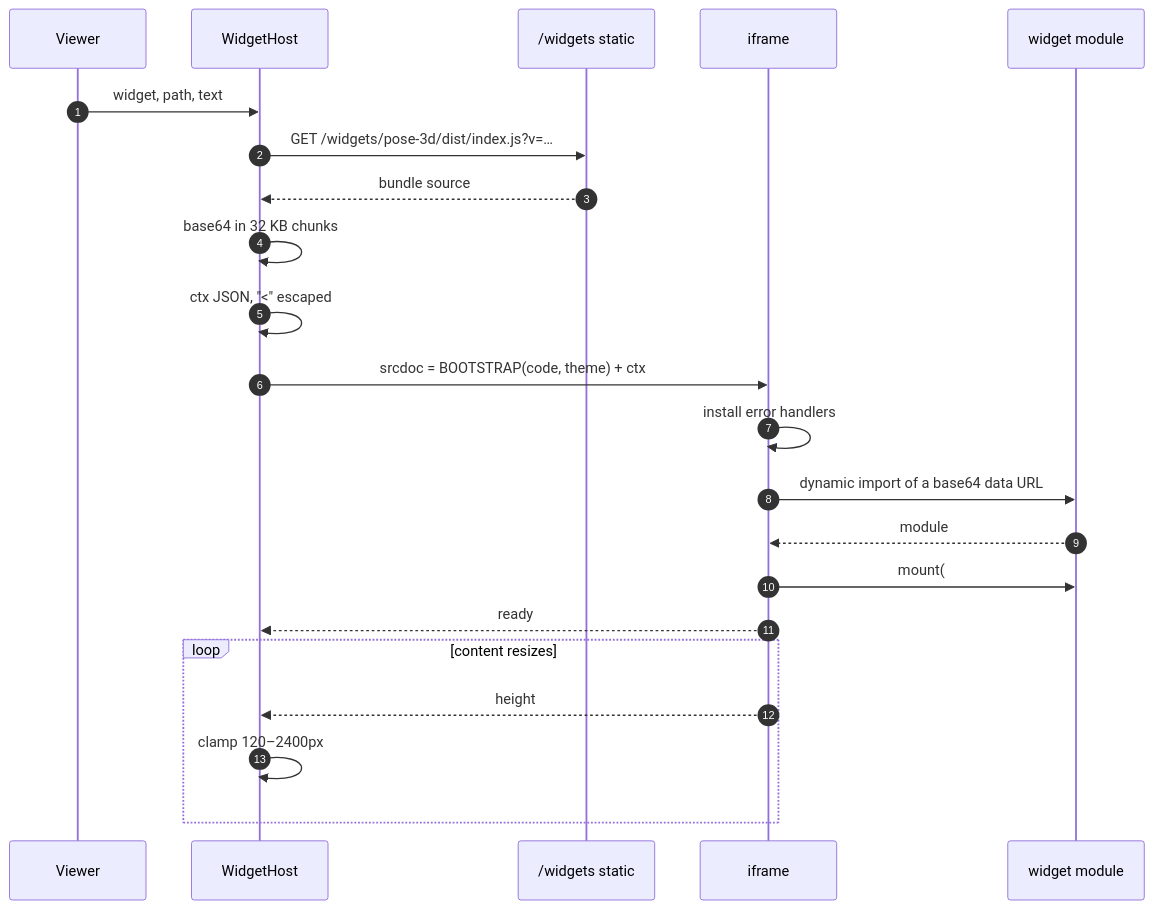
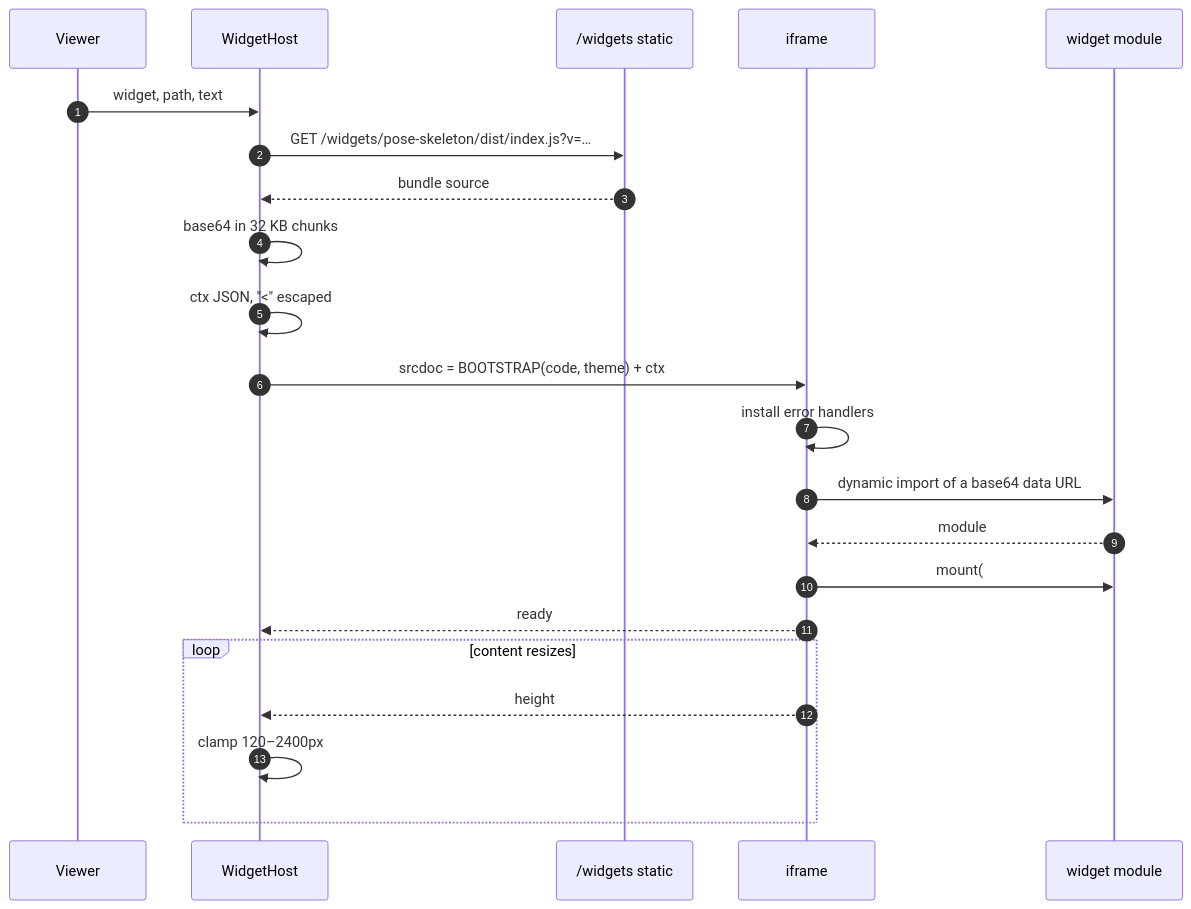
Before and after one commit to radubools/dex: the fifth of 8 diagrams in design/06_widgets.md, drawn with Mermaid. The commit also changed other lines of this file and 153 other files, not shown here.

````diff
--- a/design/06_widgets.md
+++ b/design/06_widgets.md
@@ -179,25 +195,25 @@
 ```mermaid
 sequenceDiagram
     autonumber
     participant V as Viewer
     participant H as WidgetHost
     participant S as /widgets static
     participant F as iframe
     participant M as widget module
 
     V->>H: widget, path, text
-    H->>S: GET /widgets/pose-3d/dist/index.js?v=…
+    H->>S: GET /widgets/pose-skeleton/dist/index.js?v=…
     S-->>H: bundle source
     H->>H: base64 in 32 KB chunks
     H->>H: ctx JSON, "<" escaped
     H->>F: srcdoc = BOOTSTRAP(code, theme) + ctx
     F->>F: install error handlers
     F->>M: dynamic import of a base64 data URL
     M-->>F: module
     F->>M: mount(#root, ctx)
     F-->>H: ready
     loop content resizes
         F-->>H: height
         H->>H: clamp 120–2400px
     end
 ```
````
